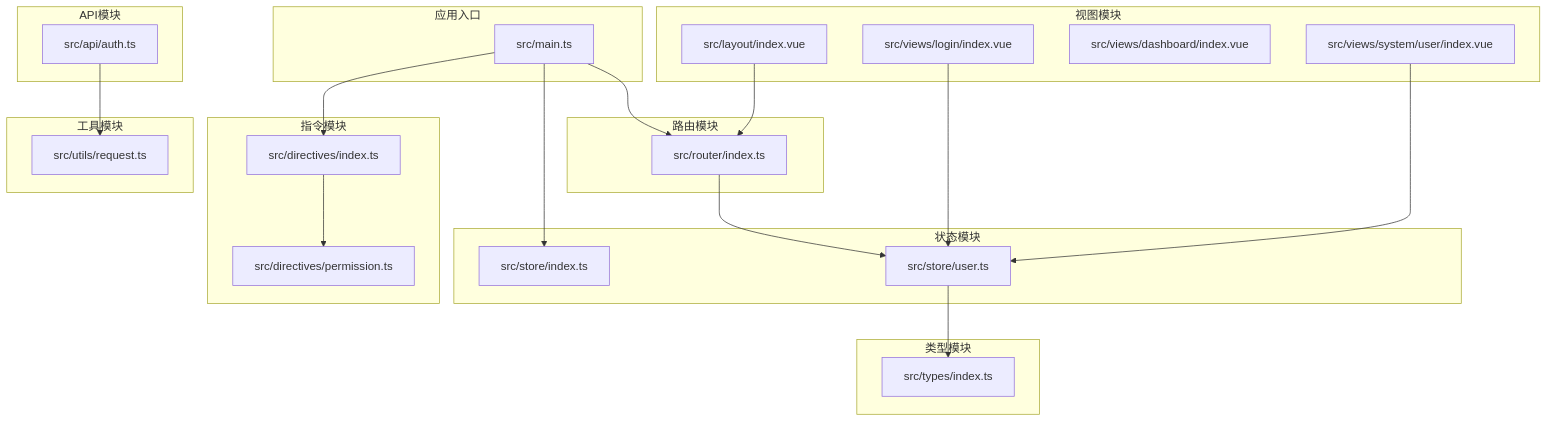
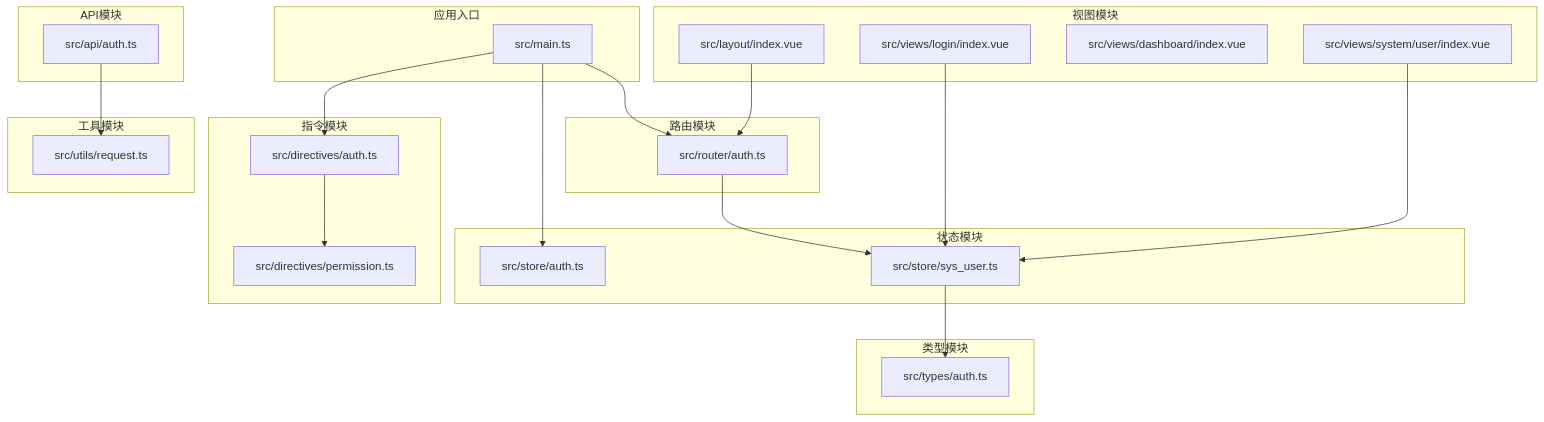
Before and after one commit to qiseyun/vue-ts-admin: the first of 6 diagrams in .qoder/repowiki/zh/content/架构设计/模块架构.md, drawn with Mermaid. The commit also changed other lines of this file and 42 other files, not shown here.

````diff
--- a/.qoder/repowiki/zh/content/架构设计/模块架构.md
+++ b/.qoder/repowiki/zh/content/架构设计/模块架构.md
@@ -55,42 +55,42 @@
 ```mermaid
 graph TB
 subgraph "应用入口"
 MAIN["src/main.ts"]
 end
 subgraph "路由模块"
-ROUTER["src/router/index.ts"]
+ROUTER["src/router/auth.ts"]
 end
 subgraph "状态模块"
-PINIA["src/store/index.ts"]
-USERSTORE["src/store/user.ts"]
+PINIA["src/store/auth.ts"]
+USERSTORE["src/store/sys_user.ts"]
 end
 subgraph "指令模块"
-DIRIDX["src/directives/index.ts"]
+DIRIDX["src/directives/auth.ts"]
 DIRPERM["src/directives/permission.ts"]
 end
 subgraph "类型模块"
-TYPES["src/types/index.ts"]
+TYPES["src/types/auth.ts"]
 end
 subgraph "工具模块"
 REQ["src/utils/request.ts"]
 end
 subgraph "API模块"
 AUTHAPI["src/api/auth.ts"]
 end
 subgraph "视图模块"
 LAYOUT["src/layout/index.vue"]
 LOGIN["src/views/login/index.vue"]
 DASHBOARD["src/views/dashboard/index.vue"]
 SYSUSER["src/views/system/user/index.vue"]
 end
 MAIN --> ROUTER
 MAIN --> PINIA
 MAIN --> DIRIDX
 DIRIDX --> DIRPERM
 ROUTER --> USERSTORE
 LAYOUT --> ROUTER
 LOGIN --> USERSTORE
 SYSUSER --> USERSTORE
 AUTHAPI --> REQ
 USERSTORE --> TYPES
 ```
````
